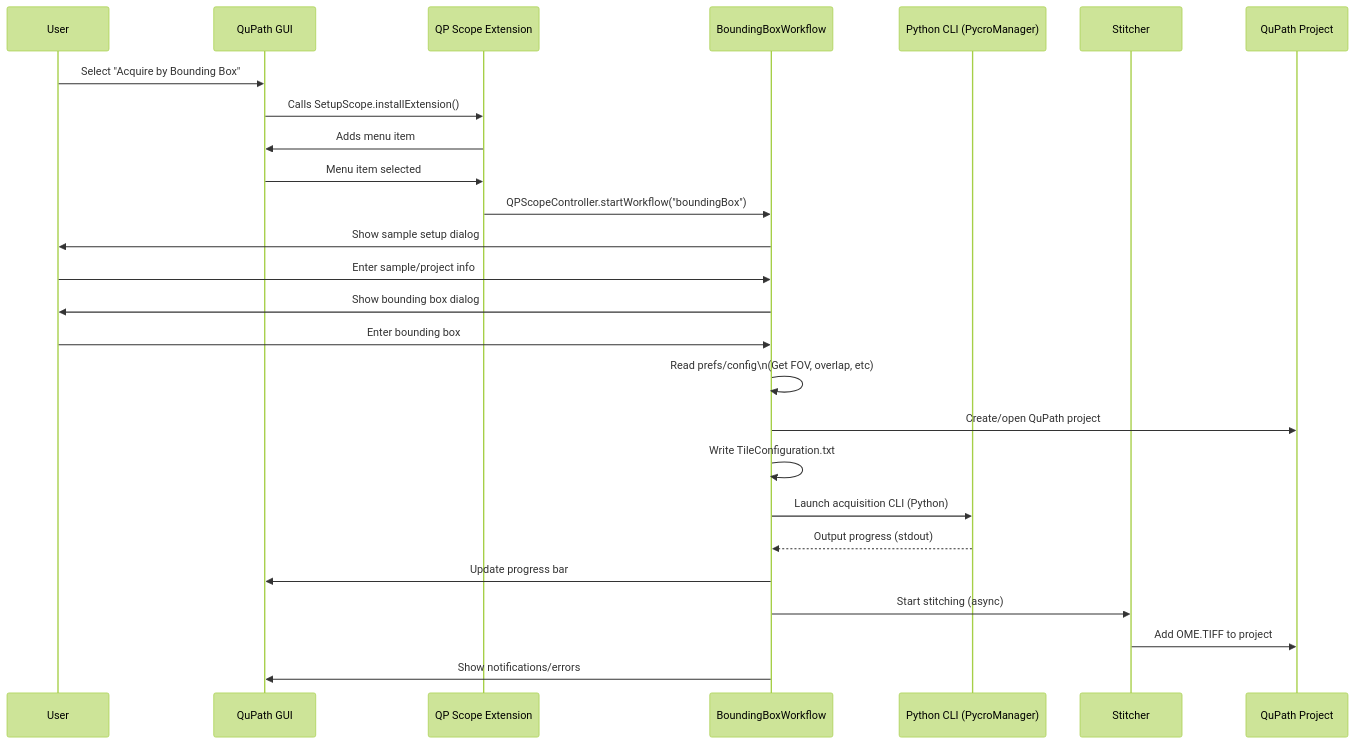
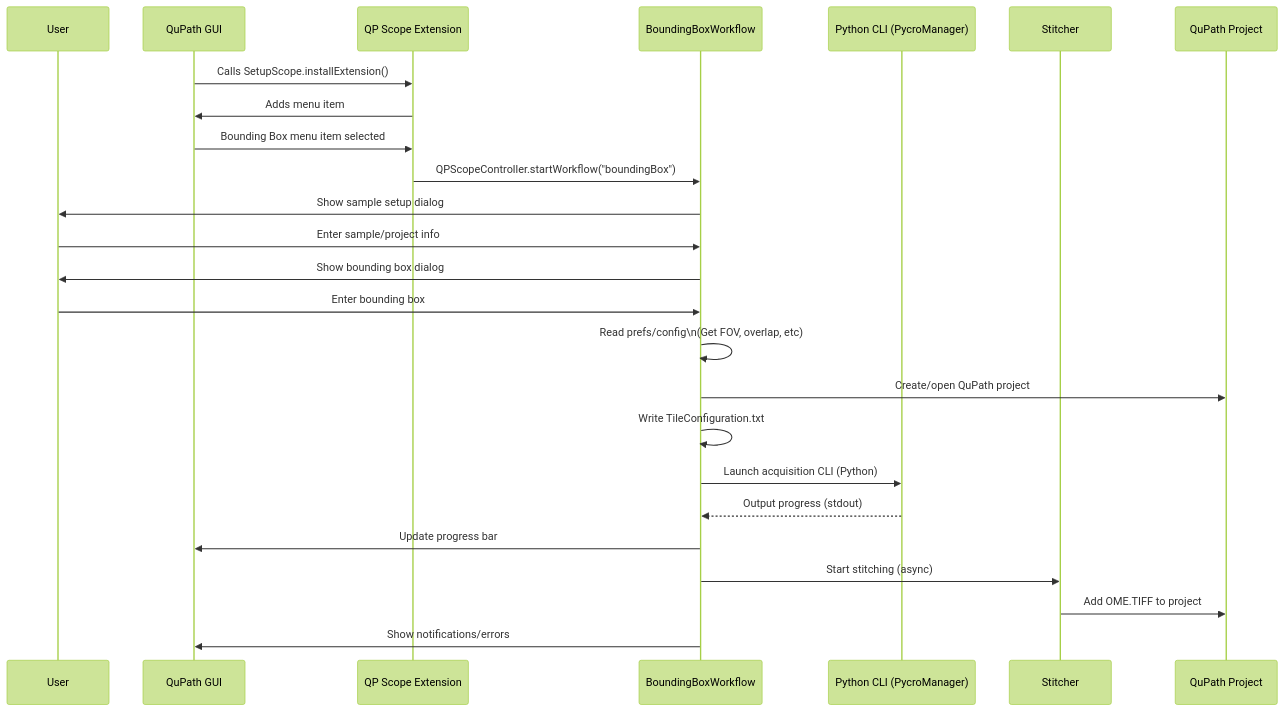
Before and after one commit to MichaelSNelson/qupath-extension-qpsc: the diagram in README.md, drawn with Mermaid (forest theme).

````diff
--- a/README.md
+++ b/README.md
@@ -86,34 +86,33 @@
 ```mermaid
 sequenceDiagram
     participant User
     participant Q as QuPath GUI
     participant Ext as QP Scope Extension
     participant WF as BoundingBoxWorkflow
     participant Py as Python CLI (PycroManager)
     participant Stitch as Stitcher
     participant Proj as QuPath Project
 
-    User->>Q: Select "Acquire by Bounding Box"
     Q->>Ext: Calls SetupScope.installExtension()
     Ext->>Q: Adds menu item
-    Q->>Ext: Menu item selected
+    Q->>Ext: Bounding Box menu item selected
     Ext->>WF: QPScopeController.startWorkflow("boundingBox")
 
     WF->>User: Show sample setup dialog
     User->>WF: Enter sample/project info
     WF->>User: Show bounding box dialog
     User->>WF: Enter bounding box
 
     WF->>WF: Read prefs/config\n(Get FOV, overlap, etc)
     WF->>Proj: Create/open QuPath project
 
     WF->>WF: Write TileConfiguration.txt
     WF->>Py: Launch acquisition CLI (Python)
     Py-->>WF: Output progress (stdout)
     WF->>Q: Update progress bar
 
     WF->>Stitch: Start stitching (async)
     Stitch->>Proj: Add OME.TIFF to project
 
     WF->>Q: Show notifications/errors
 ```
````
